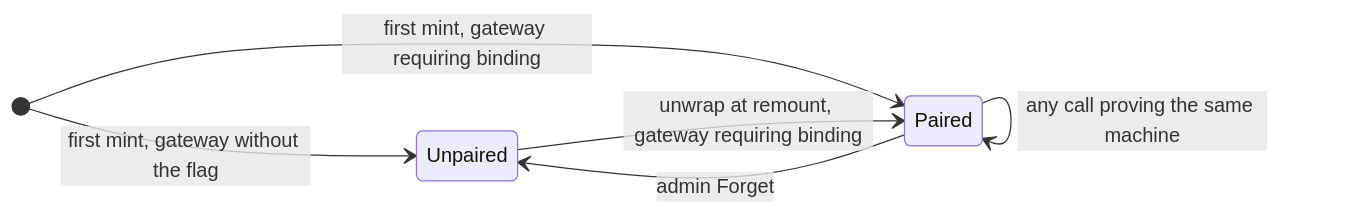
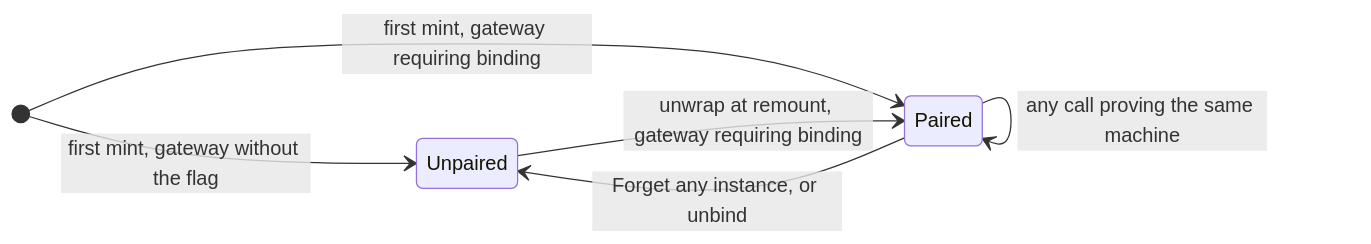
Before and after one commit to TrustedKeep/gocryptfs: the seventh of 7 diagrams in Documentation/tkfs-v2-review-guide.md, drawn with Mermaid. The commit also changed other lines of this file and 10 other files, not shown here.

````diff
--- a/Documentation/tkfs-v2-review-guide.md
+++ b/Documentation/tkfs-v2-review-guide.md
@@ -311,9 +311,9 @@
 ```mermaid
 stateDiagram-v2
   direction LR
   [*] --> Unpaired: first mint, gateway without the flag
   [*] --> Paired: first mint, gateway requiring binding
   Unpaired --> Paired: unwrap at remount, gateway requiring binding
   Paired --> Paired: any call proving the same machine
-  Paired --> Unpaired: admin Forget
+  Paired --> Unpaired: Forget any instance, or unbind
 ```
````
